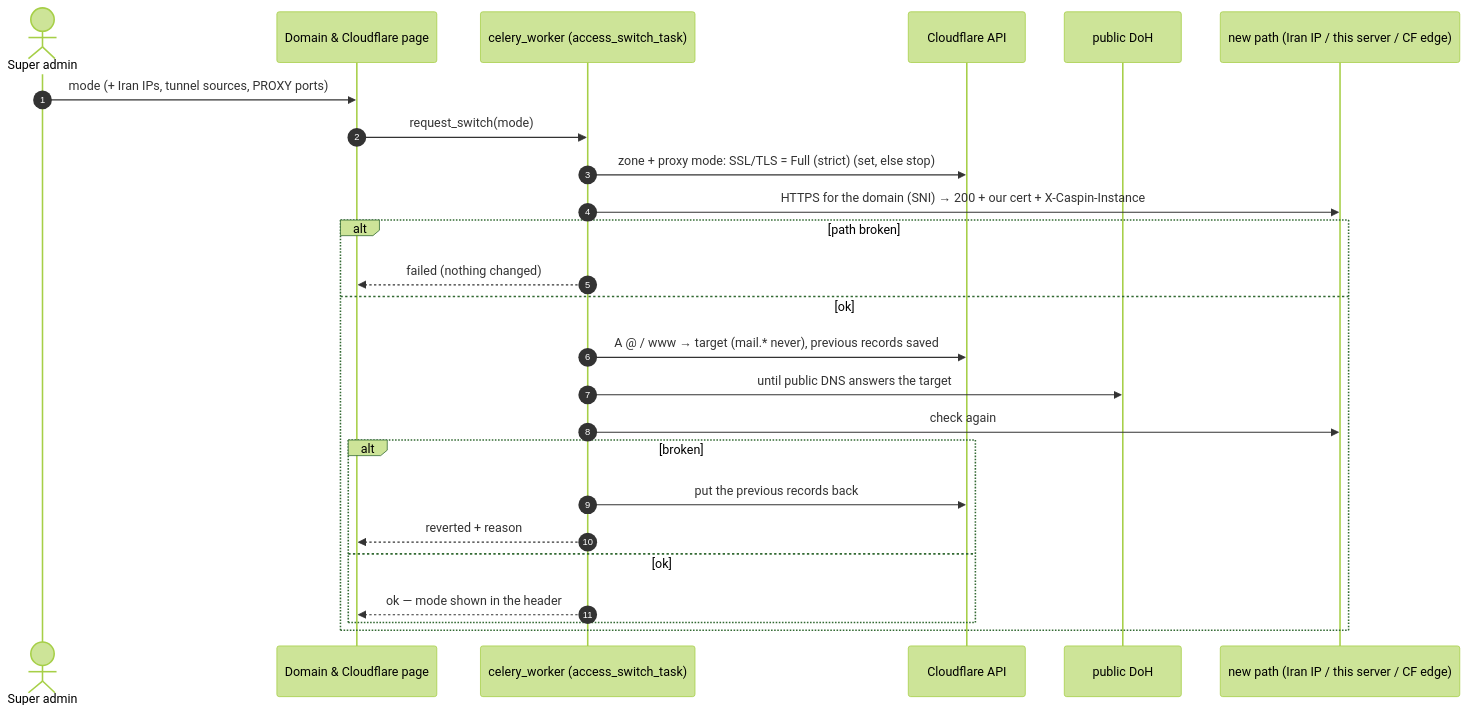
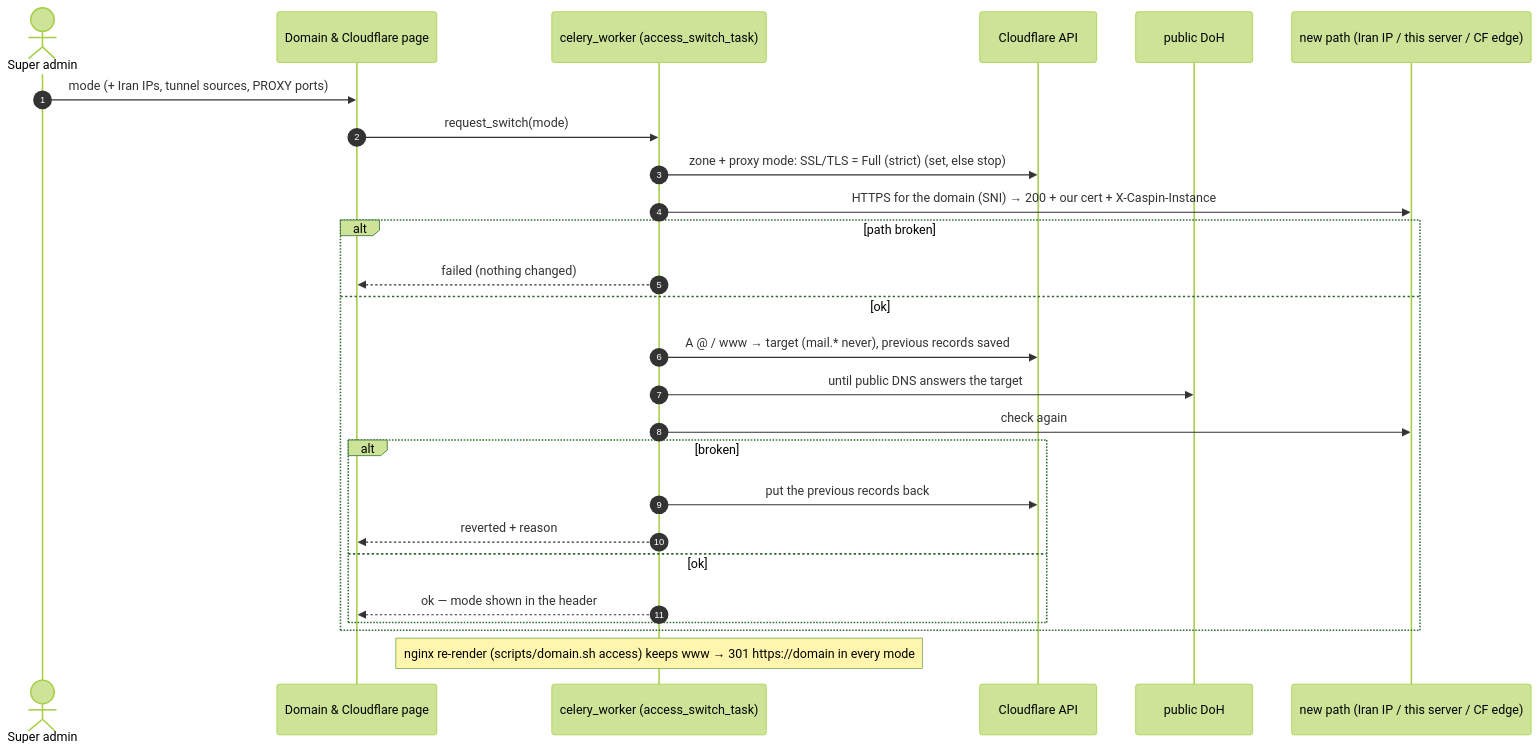
One commit to santiyagoburcart/caspintunel changed diagram 17 of 22 in docs/flows.md. Above: the diagram before and after it, drawn with Mermaid (forest theme). The commit also changed other lines of this file and 9 other files, not shown here.

First line of the commit message:
release: v1.30.3 — www redirects to the bare domain in every access mode

````diff
--- a/docs/flows.md
+++ b/docs/flows.md
@@ -653,28 +653,29 @@
 ```mermaid
 sequenceDiagram
     autonumber
     actor A as Super admin
     participant UI as Domain & Cloudflare page
     participant W as celery_worker (access_switch_task)
     participant CF as Cloudflare API
     participant DNS as public DoH
     participant P as new path (Iran IP / this server / CF edge)
 
     A->>UI: mode (+ Iran IPs, tunnel sources, PROXY ports)
     UI->>W: request_switch(mode)
     W->>CF: zone + proxy mode: SSL/TLS = Full (strict) (set, else stop)
     W->>P: HTTPS for the domain (SNI) → 200 + our cert + X-Caspin-Instance
     alt path broken
         W-->>UI: failed (nothing changed)
     else ok
         W->>CF: A @ / www → target (mail.* never), previous records saved
         W->>DNS: until public DNS answers the target
         W->>P: check again
         alt broken
             W->>CF: put the previous records back
             W-->>UI: reverted + reason
         else ok
             W-->>UI: ok — mode shown in the header
         end
     end
+    Note over W: nginx re-render (scripts/domain.sh access) keeps www → 301 https://domain in every mode
 ```
````
